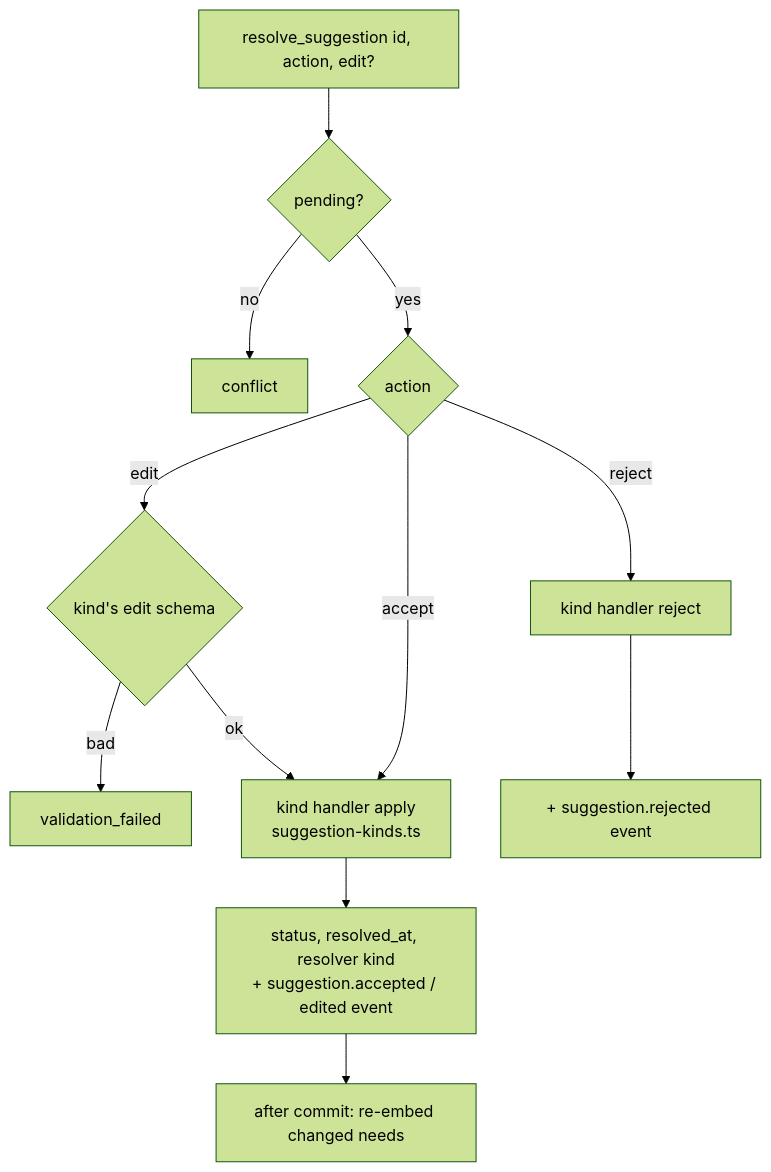
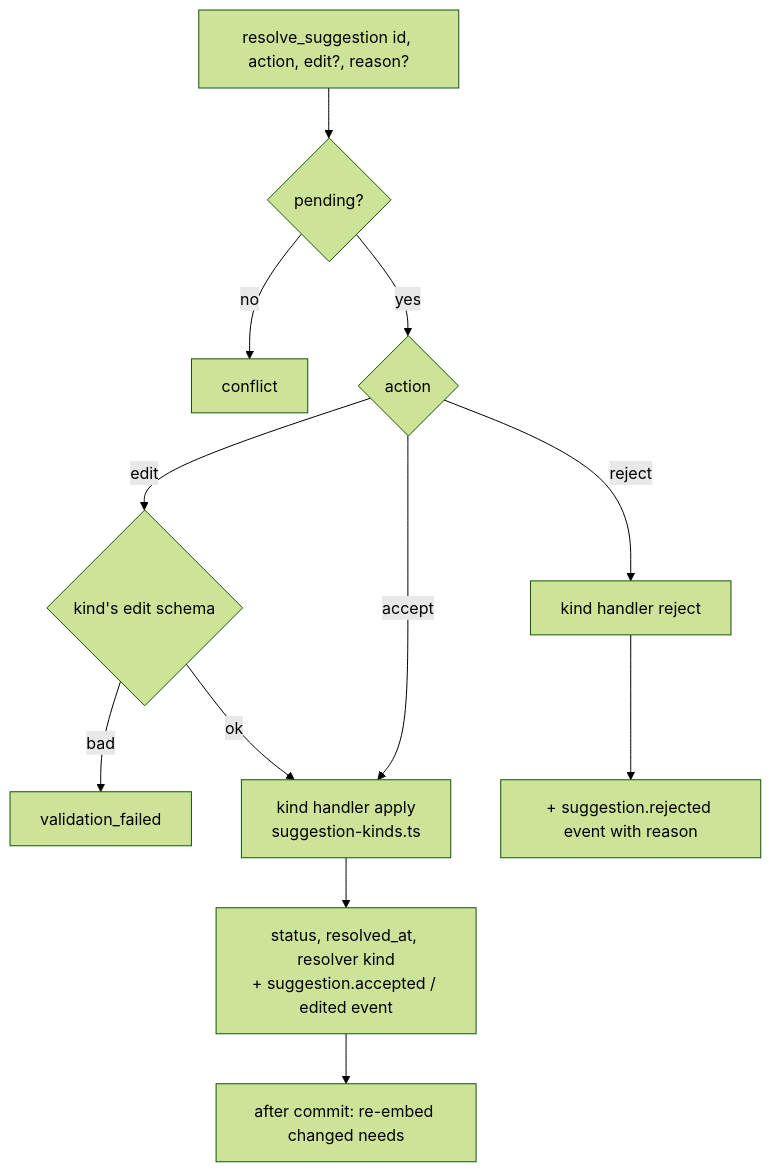
One commit to gaboesquivel/flow-signal changed the fourth of 6 diagrams in docs/harness/ai-pipelines.md. Above: the diagram before and after it, drawn with Mermaid (forest theme). The commit also changed other lines of this file and 7 other files, not shown here.

First line of the commit message:
docs(harness): refresh diagrams for specs 006, 007, and 010 (#12)

````diff
--- a/docs/harness/ai-pipelines.md
+++ b/docs/harness/ai-pipelines.md
@@ -71,14 +73,14 @@
 ```mermaid
 flowchart TD
-  RS[resolve_suggestion id, action, edit?] --> LOCK{pending?}
+  RS[resolve_suggestion id, action, edit?, reason?] --> LOCK{pending?}
   LOCK -->|no| CF[conflict]
   LOCK -->|yes| ACT{action}
   ACT -->|edit| VAL{kind's edit schema}
   VAL -->|bad| VF[validation_failed]
   VAL -->|ok| APPLY
   ACT -->|accept| APPLY[kind handler apply<br/>suggestion-kinds.ts]
   ACT -->|reject| REJ[kind handler reject]
   APPLY --> MARK[status, resolved_at, resolver kind<br/>+ suggestion.accepted / edited event]
-  REJ --> MARK2[+ suggestion.rejected event]
+  REJ --> MARK2[+ suggestion.rejected event with reason]
   MARK --> EMB[after commit: re-embed changed needs]
 ```
````
